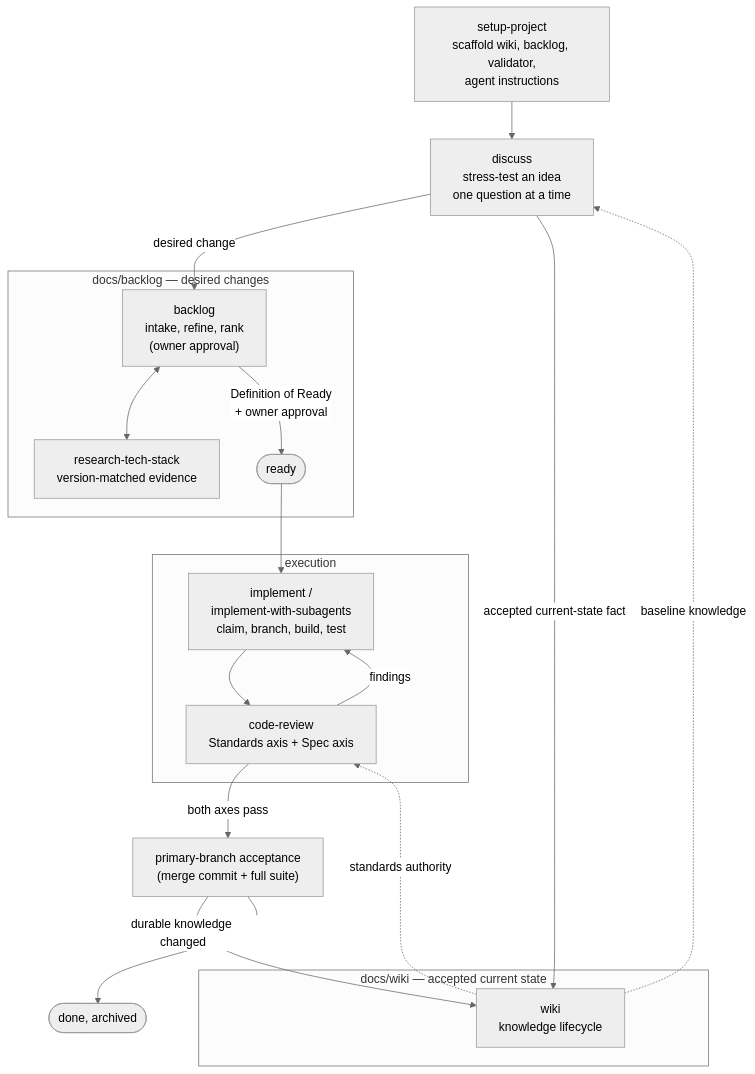
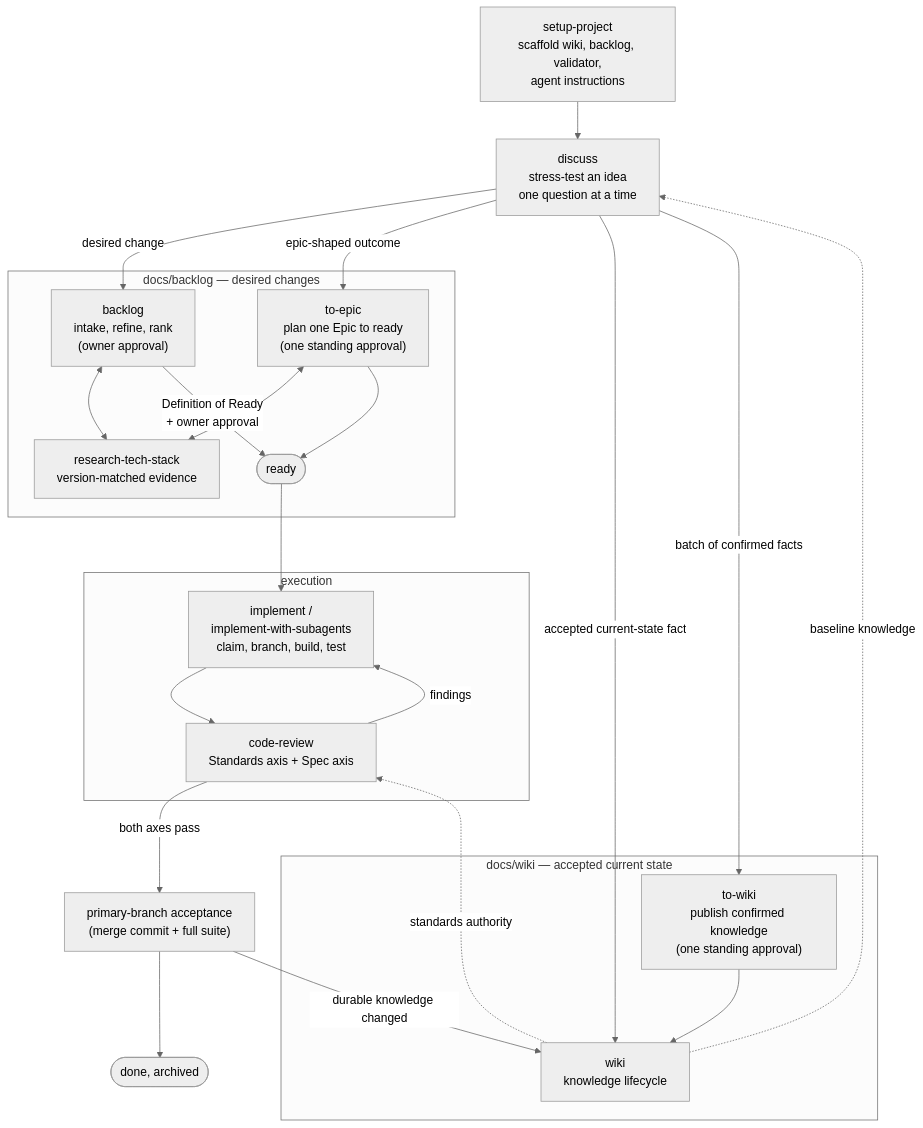
One commit to beeltec/skills changed the diagram in README.md. Above: the diagram before and after it, drawn with Mermaid (neutral theme). The commit also changed other lines of this file, not shown here.

Commit message:
docs(readme): document to-epic/to-wiki in workflow and add greenfield/brownfield paths

````diff
--- a/README.md
+++ b/README.md
@@ -25,36 +25,43 @@
 ```mermaid
 flowchart TD
     SP["setup-project<br/>scaffold wiki, backlog, validator,<br/>agent instructions"] --> D
     D["discuss<br/>stress-test an idea<br/>one question at a time"]
 
     D -->|desired change| BL
+    D -->|epic-shaped outcome| TE
     D -->|accepted current-state fact| WK
+    D -->|batch of confirmed facts| TW
 
     subgraph BACKLOG["docs/backlog — desired changes"]
         BL["backlog<br/>intake, refine, rank<br/>(owner approval)"]
+        TE["to-epic<br/>plan one Epic to ready<br/>(one standing approval)"]
         RT["research-tech-stack<br/>version-matched evidence"]
         BL <--> RT
+        TE <--> RT
         RDY(["ready"])
         BL -->|Definition of Ready<br/>+ owner approval| RDY
+        TE --> RDY
     end
 
     RDY --> IMP
 
     subgraph EXEC["execution"]
         IMP["implement /<br/>implement-with-subagents<br/>claim, branch, build, test"]
         CR["code-review<br/>Standards axis + Spec axis"]
         IMP --> CR
         CR -->|findings| IMP
     end
 
     CR -->|both axes pass| ACC["primary-branch acceptance<br/>(merge commit + full suite)"]
     ACC -->|durable knowledge changed| WK
     ACC --> DONE(["done, archived"])
 
     subgraph WIKI["docs/wiki — accepted current state"]
         WK["wiki<br/>knowledge lifecycle"]
+        TW["to-wiki<br/>publish confirmed knowledge<br/>(one standing approval)"]
+        TW --> WK
     end
 
     WK -.->|baseline knowledge| D
     WK -.->|standards authority| CR
 ```
````
